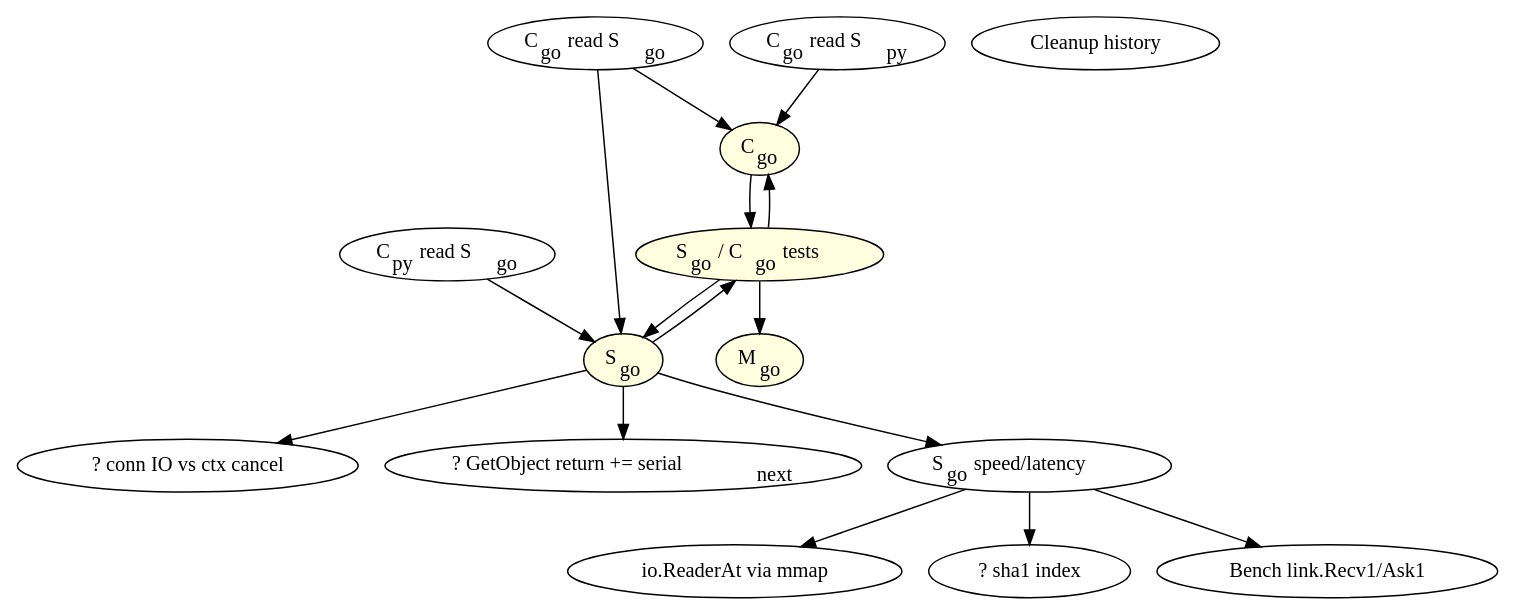
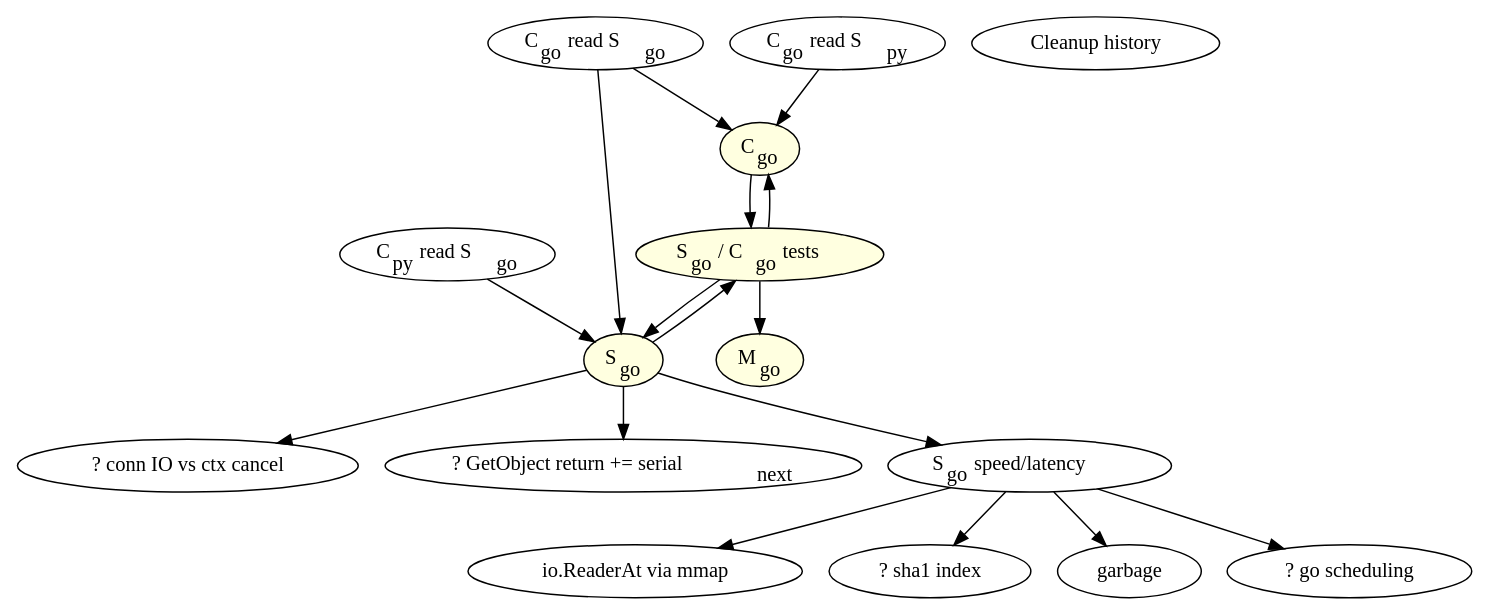
One commit to Nexedi/neoppod changed the diagram in go/todo.dot. Above: the diagram before and after it, drawn with Graphviz. The commit also changed 4 other files, not shown here.

```diff
--- a/go/todo.dot
+++ b/go/todo.dot
@@ -1,52 +1,55 @@
 digraph {
 	Cgo -> SCgo_t;
 	Sgo -> SCgo_t;
 
 	SCgo_t -> Mgo;
 	SCgo_t -> Sgo;
 	SCgo_t -> Cgo;
 
 	Sgo -> io_cancel;
 	Sgo -> load_serial_next;
 	Sgo -> Sgo_speed;
 
 	Sgo_speed -> Mmap_go;
 	Sgo_speed -> sha1_index;
-	Sgo_speed -> B_link_recv;
+	//Sgo_speed -> B_link_recv;
+	Sgo_speed -> garbage;
+	Sgo_speed -> gosched;
 
 	Cpy_r_Sgo -> Sgo;
 	//Cpy_r_Sgo -> Protog_fix;
 	//Cpy_r_Sgo -> Cpy_patch;
 	//Cpy_r_Sgo -> Mpy_vs_Sgo;
 
 	Cgo_r_Sgo -> Cgo;
 	Cgo_r_Sgo -> Sgo;		
 
 	Cgo_r_Spy -> Cgo;
 	//Cgo_r_Spy -> Protog_fix;
 
 
 	Cgo		[label=<C<sub>go</sub>> style=filled fillcolor=lightyellow];
 	Sgo		[label=<S<sub>go</sub>> style=filled fillcolor=lightyellow];
 	Mgo		[label=<M<sub>go</sub>> style=filled fillcolor=lightyellow];
 	SCgo_t		[label=<S<sub>go</sub>  / C<sub>go</sub>  tests> style=filled fillcolor=lightyellow];
 	Sgo_speed	[label=<S<sub>go</sub>  speed/latency>];
 	Cpy_r_Sgo	[label=<C<sub>py</sub>  read S<sub>go</sub>>];
 	Cgo_r_Sgo	[label=<C<sub>go</sub>  read S<sub>go</sub>>];
 	Cgo_r_Spy	[label=<C<sub>go</sub>  read S<sub>py</sub>>];
 	Cleanup		[label="Cleanup history"];
 	//Cpy_patch	[label=<py patch: ConnID py=go> style=filled fillcolor=lightyellow];	// C<sub>py</sub>  patch for ConnID interop. with S<sub>go</sub>>];
 	Mmap_go		[label="io.ReaderAt via mmap"];
 	//Protog_fix	[label="proto(go/py) compat fix" style=filled fillcolor=lightyellow];
 	//Mpy_vs_Sgo	[label=<M<sub>py</sub> vs S<sub>go</sub>: try/fix> style=filled fillcolor=lightyellow];
 
 	io_cancel		[label="? conn IO vs ctx cancel"];
 	load_serial_next	[label=<? GetObject return += serial<sub>next</sub>>];
 
 	sha1_index	[label="? sha1 index"];
-
-	B_link_recv	[label="Bench link.Recv1/Ask1"];
+	//B_link_recv	[label="Bench link.Recv1/Ask1" style=filled fillcolor=lightyellow];
+	garbage		[label="garbage"];
+	gosched		[label="? go scheduling"];
 
 	//Cgo -> Cgo_tasks;
 	//Cgo_tasks	[label="- talkMaster\n- update nodeTab/partTab\n- dial S on demand\n..." style=filled fillcolor=lightyellow];
 }
```
